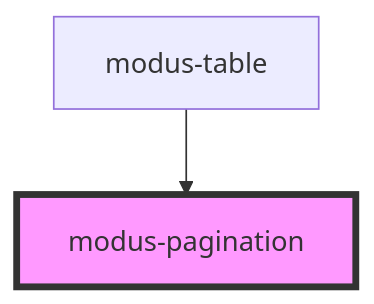
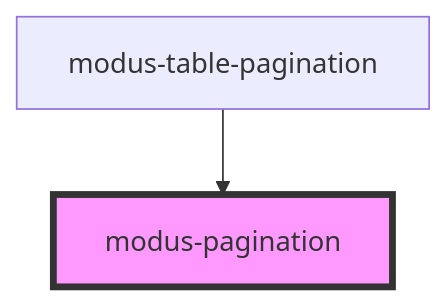
Before and after one commit to trimble-oss/modus-web-components: the diagram in stencil-workspace/src/components/modus-pagination/readme.md, drawn with Mermaid. The commit also changed other lines of this file and 10 other files, not shown here.

````diff
--- a/stencil-workspace/src/components/modus-pagination/readme.md
+++ b/stencil-workspace/src/components/modus-pagination/readme.md
@@ -35,5 +35,5 @@
 ```mermaid
 graph TD;
-  modus-table --> modus-pagination
+  modus-table-pagination --> modus-pagination
   style modus-pagination fill:#f9f,stroke:#333,stroke-width:4px
 ```
````
